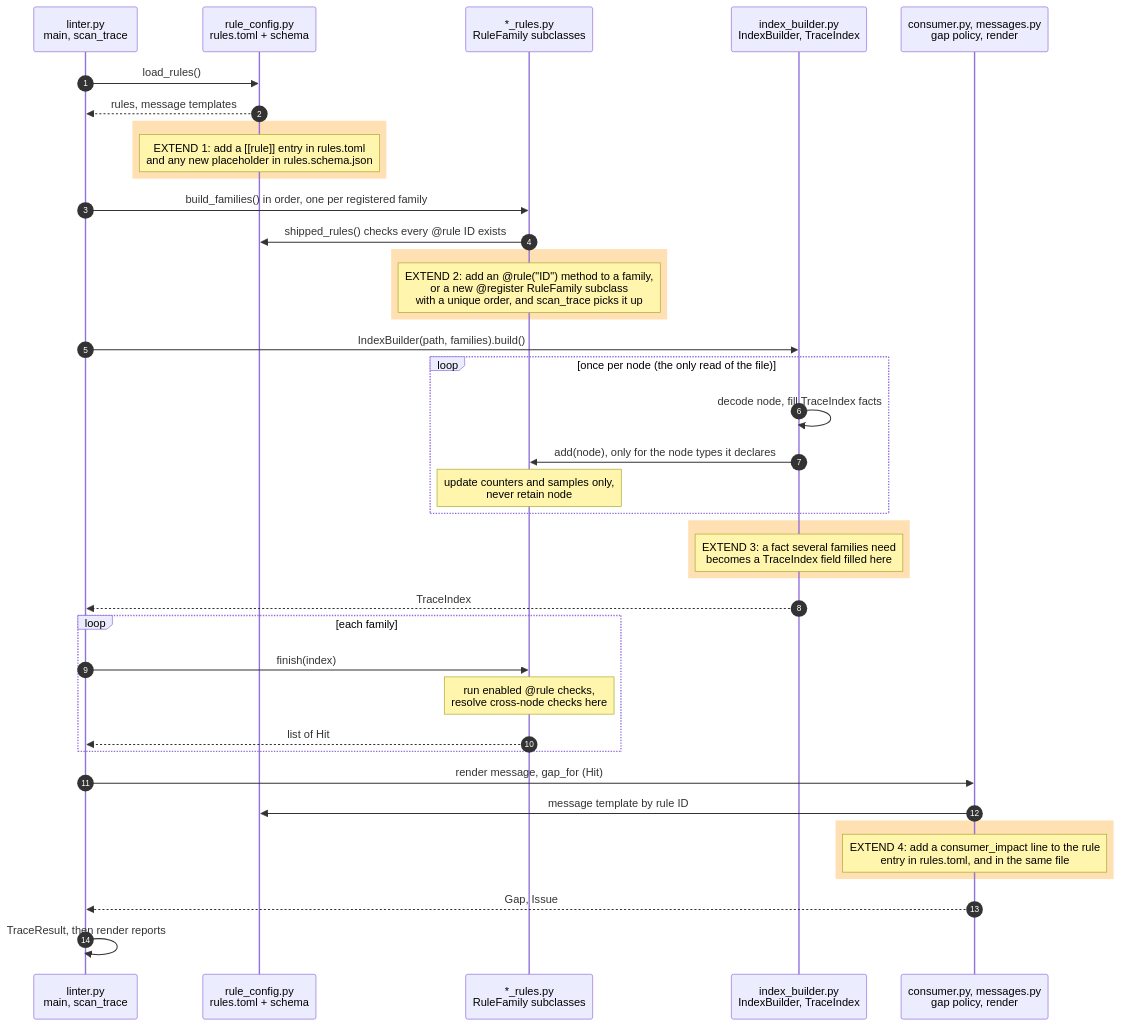
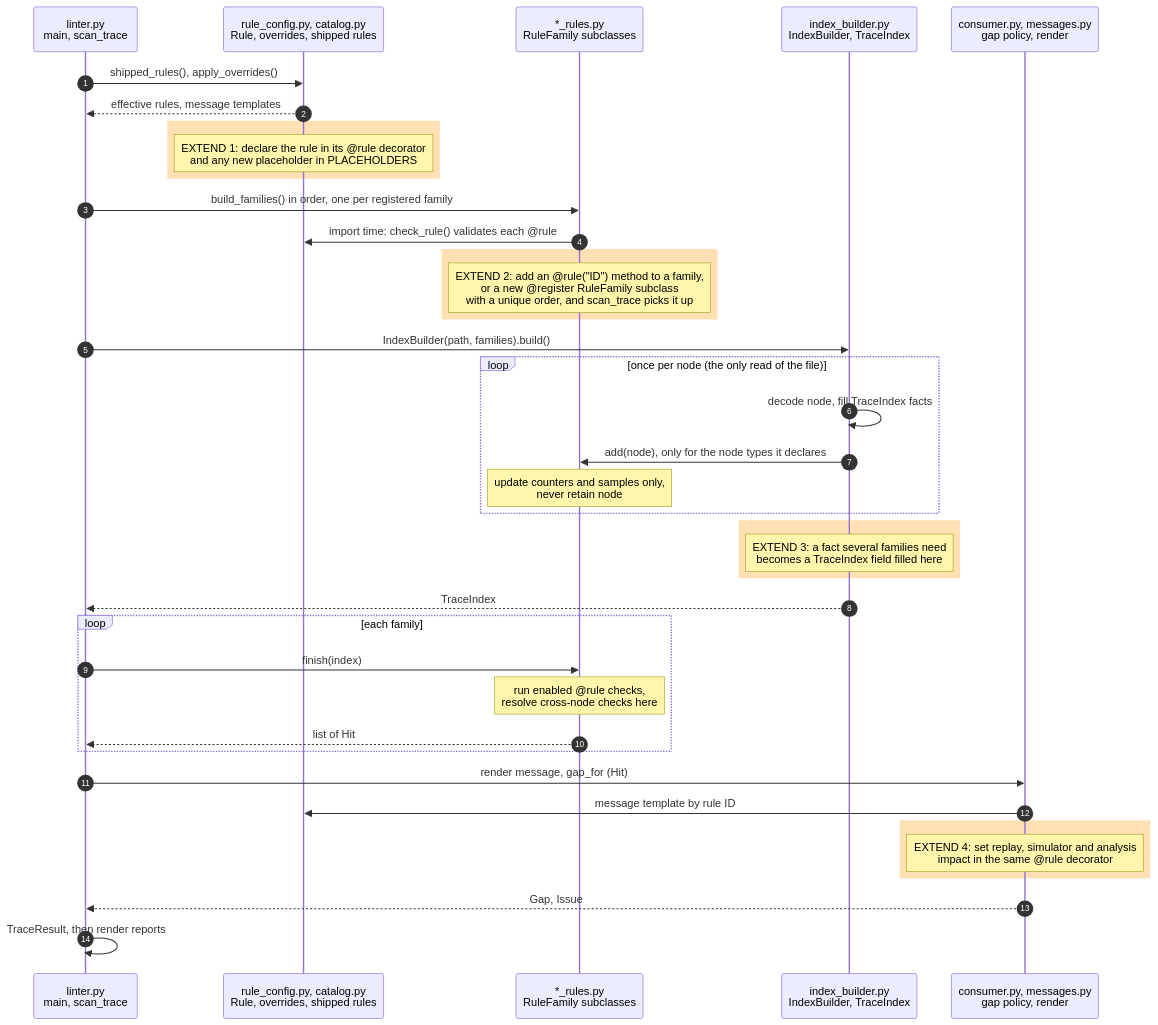
The diagram in src/linter/README.md (Keysight/chakra), drawn with Mermaid before and after one commit. The commit also changed other lines of this file and 29 other files, not shown here.

Commit message:
Replace rules.toml with decorator-declared rule catalog and document full Replay, Simulator and Analysis consumer definitions

````diff
--- a/src/linter/README.md
+++ b/src/linter/README.md
@@ -121,53 +106,53 @@
 ```mermaid
 sequenceDiagram
     autonumber
     participant CLI as linter.py<br/>main, scan_trace
-    participant CFG as rule_config.py<br/>rules.toml + schema
+    participant CFG as rule_config.py, catalog.py<br/>Rule, overrides, shipped rules
     participant FAM as *_rules.py<br/>RuleFamily subclasses
     participant IDX as index_builder.py<br/>IndexBuilder, TraceIndex
     participant POL as consumer.py, messages.py<br/>gap policy, render
 
-    CLI->>CFG: load_rules()
-    CFG-->>CLI: rules, message templates
+    CLI->>CFG: shipped_rules(), apply_overrides()
+    CFG-->>CLI: effective rules, message templates
 
     rect rgb(255, 224, 178)
-    Note over CFG: EXTEND 1: add a [[rule]] entry in rules.toml<br/>and any new placeholder in rules.schema.json
+    Note over CFG: EXTEND 1: declare the rule in its @rule decorator<br/>and any new placeholder in PLACEHOLDERS
     end
 
     CLI->>FAM: build_families() in order, one per registered family
-    FAM->>CFG: shipped_rules() checks every @rule ID exists
+    FAM->>CFG: import time: check_rule() validates each @rule
 
     rect rgb(255, 224, 178)
     Note over FAM: EXTEND 2: add an @rule("ID") method to a family,<br/>or a new @register RuleFamily subclass<br/>with a unique order, and scan_trace picks it up
     end
 
     CLI->>IDX: IndexBuilder(path, families).build()
 
     loop once per node (the only read of the file)
         IDX->>IDX: decode node, fill TraceIndex facts
         IDX->>FAM: add(node), only for the node types it declares
         Note over FAM: update counters and samples only,<br/>never retain node
     end
 
     rect rgb(255, 224, 178)
     Note over IDX: EXTEND 3: a fact several families need<br/>becomes a TraceIndex field filled here
     end
 
     IDX-->>CLI: TraceIndex
 
     loop each family
         CLI->>FAM: finish(index)
         Note over FAM: run enabled @rule checks,<br/>resolve cross-node checks here
         FAM-->>CLI: list of Hit
     end
 
     CLI->>POL: render message, gap_for (Hit)
     POL->>CFG: message template by rule ID
 
     rect rgb(255, 224, 178)
-    Note over POL: EXTEND 4: add a consumer_impact line to the rule<br/>entry in rules.toml, and in the same file
+    Note over POL: EXTEND 4: set replay, simulator and analysis<br/>impact in the same @rule decorator
     end
 
     POL-->>CLI: Gap, Issue
     CLI->>CLI: TraceResult, then render reports
 ```
````
